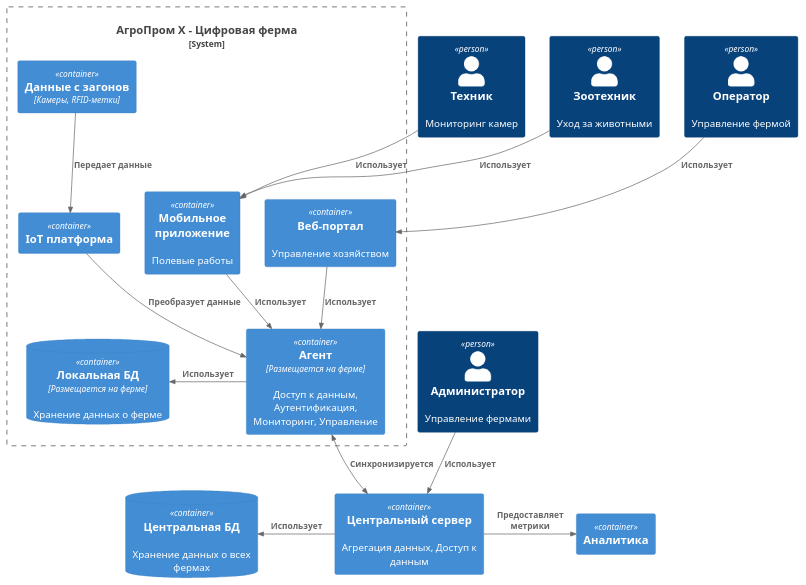
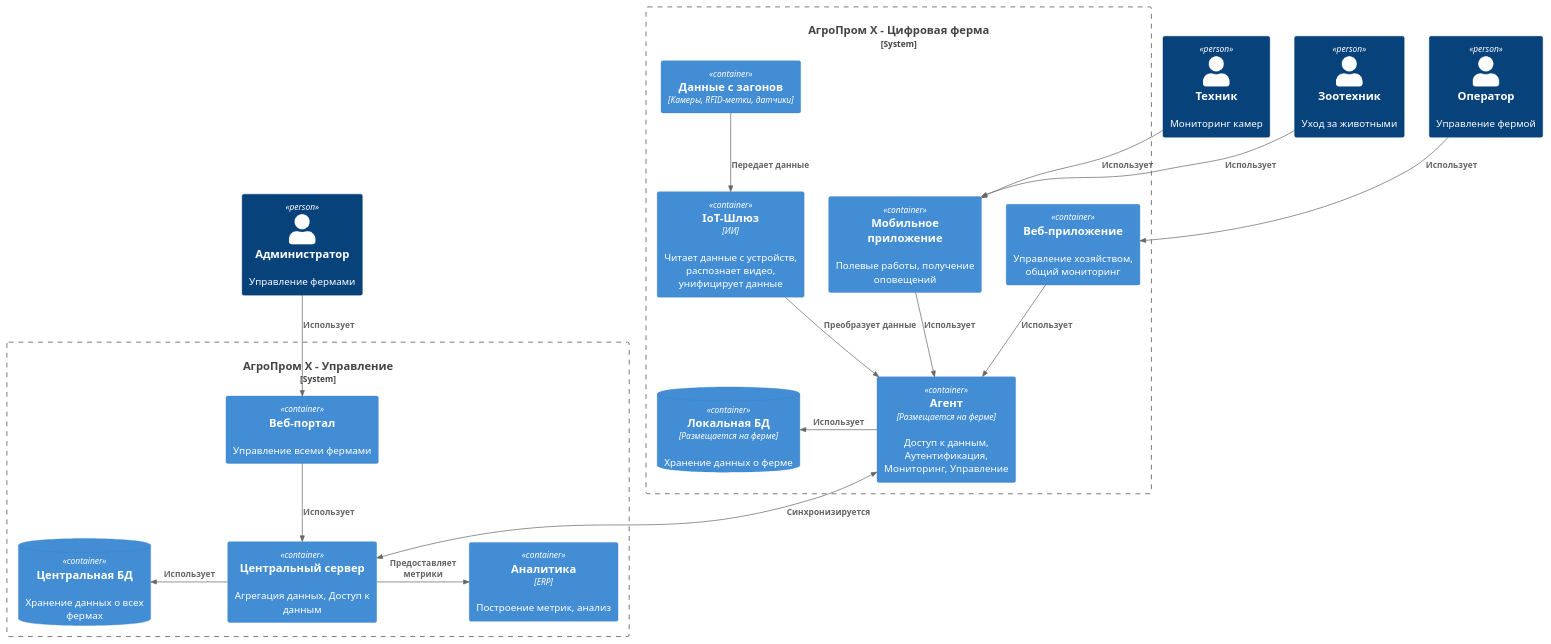
Before and after one commit to KatChaotic/MSA-AgroTech: the diagram in Task1/agrotech_context.puml, drawn with PlantUML. The commit also changed 6 other files, not shown here.

```diff
--- a/Task1/agrotech_context.puml
+++ b/Task1/agrotech_context.puml
@@ -1,56 +1,62 @@
-@startuml Архитектура_АгроТех_Системы_v4
+@startuml
 
 !include https://raw.githubusercontent.com/plantuml-stdlib/C4-PlantUML/master/C4_Container.puml
 
 ' === Участники ===
 
 Person(техник, "Техник", "Мониторинг камер")
 Person(зоотехник, "Зоотехник", "Уход за животными")
 Person(оператор, "Оператор", "Управление фермой")
 Person(администратор, "Администратор", "Управление фермами")
 
 
-System_Boundary(platform, "АгроПром Х - Цифровая ферма") {
-    Container(house, "Данные с загонов", "Камеры, RFID-метки")
+System_Boundary(farm, "АгроПром Х - Цифровая ферма") {
+    Container(house, "Данные с загонов", "Камеры, RFID-метки, датчики")
 
-    Container(iot_platform, "IoT платформа")
+    Container(iot_gateway, "IoT-Шлюз", "ИИ", "Читает данные с устройств, распознает видео, унифицирует данные")
 
-    Container(мобильное_приложение, "Мобильное приложение", "", "Полевые работы")
-    Container(веб_портал, "Веб-портал", "", "Управление хозяйством")
+    Container(мобильное_приложение, "Мобильное приложение", "", "Полевые работы, получение оповещений")
+    Container(веб_приложение, "Веб-приложение", "", "Управление хозяйством, общий мониторинг")
 
     Container(agent, "Агент", "Размещается на ферме", "Доступ к данным, Аутентификация, Мониторинг, Управление")
 
     ContainerDb(agent_db, "Локальная БД", "Размещается на ферме", "Хранение данных о ферме")
 }
 
-Container(master, "Центральный сервер", "", "Агрегация данных, Доступ к данным")
-ContainerDb(master_db, "Центральная БД", "", "Хранение данных о всех фермах")
+System_Boundary(office, "АгроПром Х - Управление") {
+    Container(master, "Центральный сервер", "", "Агрегация данных, Доступ к данным")
+    ContainerDb(master_db, "Центральная БД", "", "Хранение данных о всех фермах")
 
-Container(аналитика, "Аналитика")
+    Container(веб_портал, "Веб-портал", "", "Управление всеми фермами")
+
+    Container(аналитика, "Аналитика", "ERP", "Построение метрик, анализ")
+}
 
 ' Персонал
 Rel(техник, мобильное_приложение, "Использует")
 Rel(зоотехник, мобильное_приложение, "Использует")
 
-Rel(оператор, веб_портал, "Использует")
-Rel(администратор, master, "Использует")
+Rel(оператор, веб_приложение, "Использует")
+Rel(администратор, веб_портал, "Использует")
 
 ' Сбор данных
-Rel_Down(house, iot_platform, "Передает данные", "")
-Rel_Down(iot_platform, agent, "Преобразует данные")
+Rel_Down(house, iot_gateway, "Передает данные", "")
+Rel_Down(iot_gateway, agent, "Преобразует данные")
 
 ' Агент
 Rel_L(agent, agent_db, "Использует")
 
 ' Пользовательский функционал
 Rel(мобильное_приложение, agent, "Использует")
-Rel(веб_портал, agent, "Использует")
+Rel(веб_приложение, agent, "Использует")
 
 ' Центральный сервер
 BiRel_Down(agent, master, "Синхронизируется")
 Rel_L(master, master_db, "Использует")
 
+Rel(веб_портал, master, "Использует")
+
 ' Внешние интеграции
 Rel_R(master, аналитика, "Предоставляет метрики")
 
 @enduml
```
